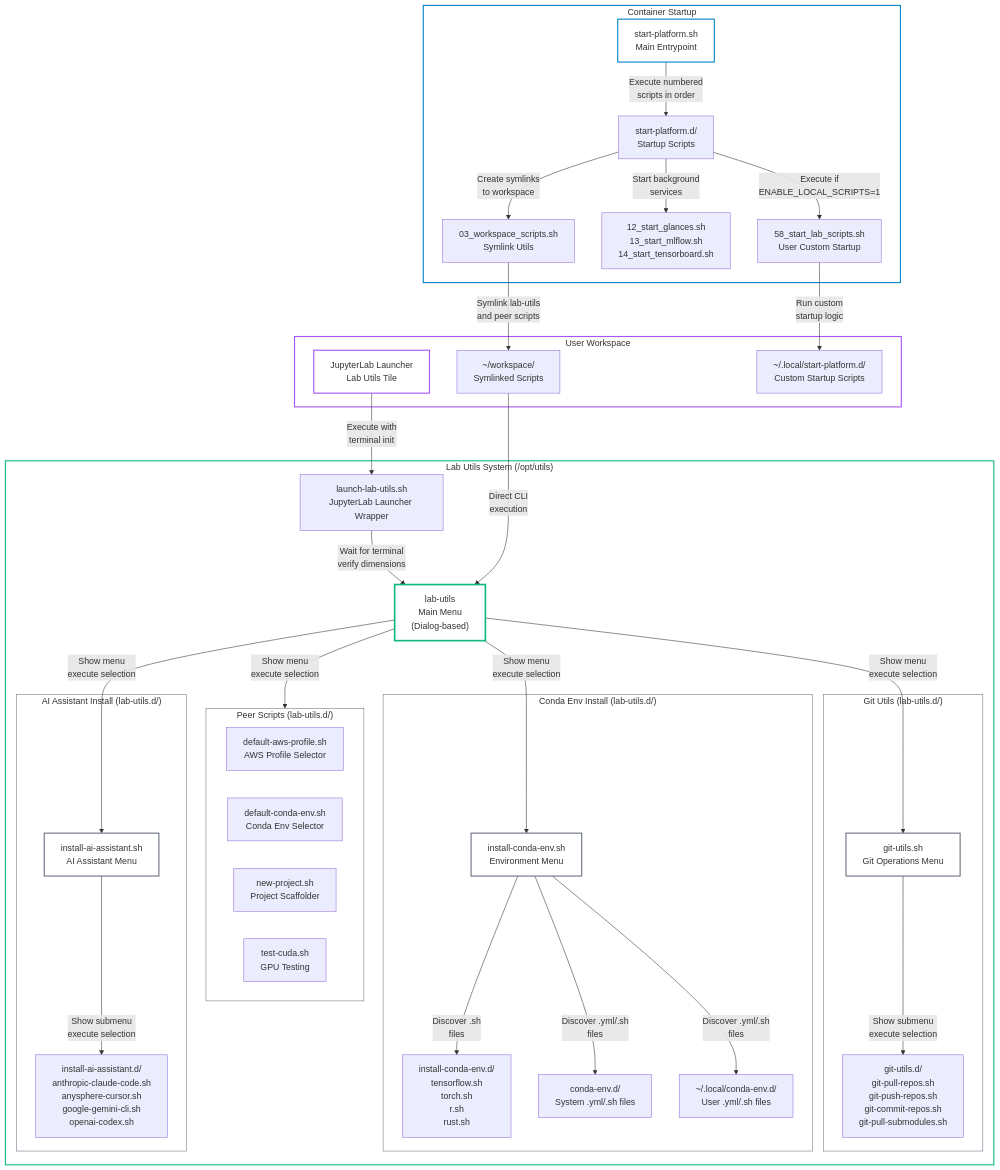
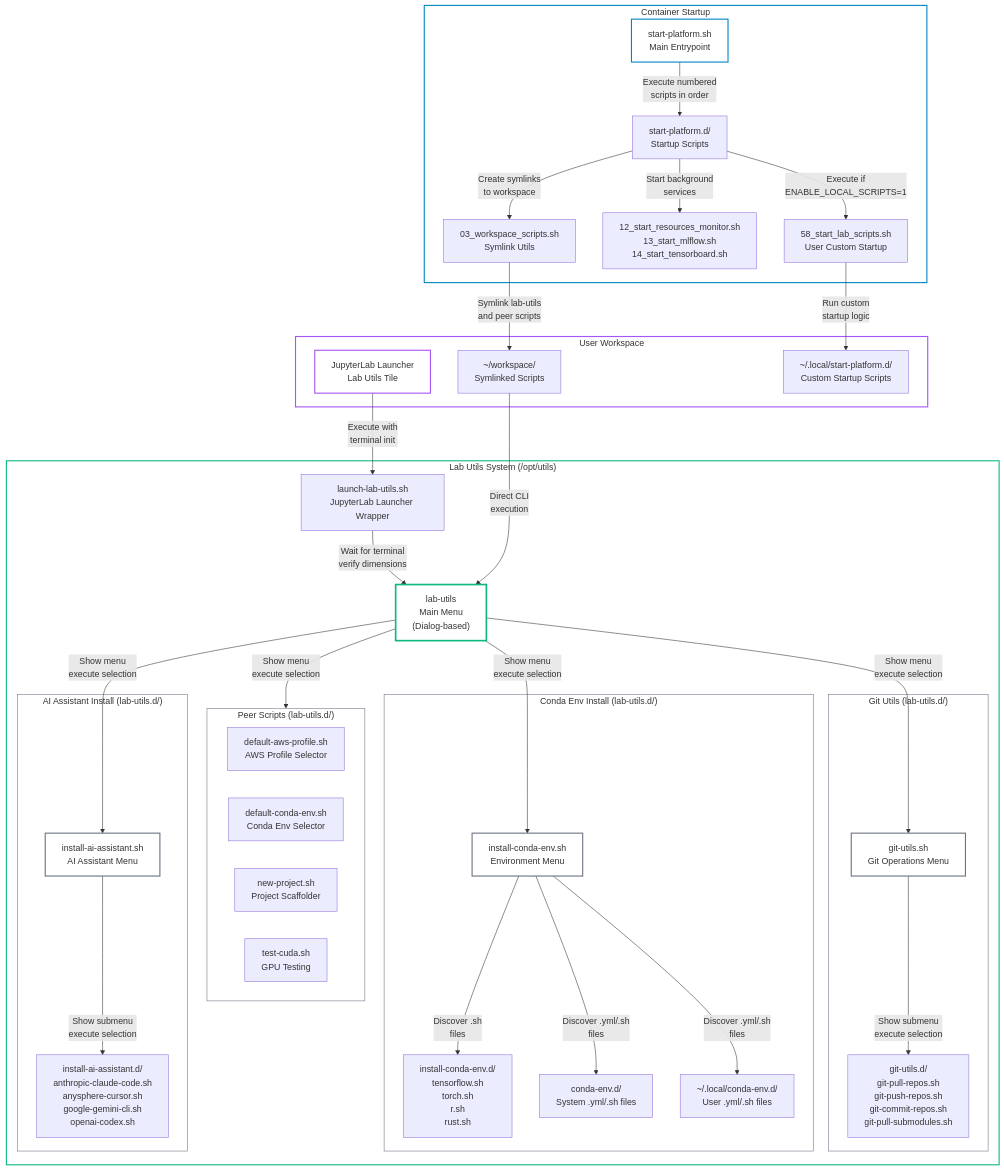
One commit to stellarshenson/stellars-jupyterlab-ds changed the second of 2 diagrams in README.md. Above: the diagram before and after it, drawn with Mermaid. The commit also changed other lines of this file and 4 other files, not shown here.

First line of the commit message:
docs: update README for btop resources monitor, add gpustat newline

```diff
--- a/README.md
+++ b/README.md
@@ -168,7 +168,7 @@
         startup_scripts["start-platform.d/<br/>Startup Scripts"]
 
         workspace_scripts["03_workspace_scripts.sh<br/>Symlink Utils"]
-        start_services["12_start_glances.sh<br/>13_start_mlflow.sh<br/>14_start_tensorboard.sh"]
+        start_services["12_start_resources_monitor.sh<br/>13_start_mlflow.sh<br/>14_start_tensorboard.sh"]
         user_scripts["58_start_lab_scripts.sh<br/>User Custom Startup"]
     end
 
```
